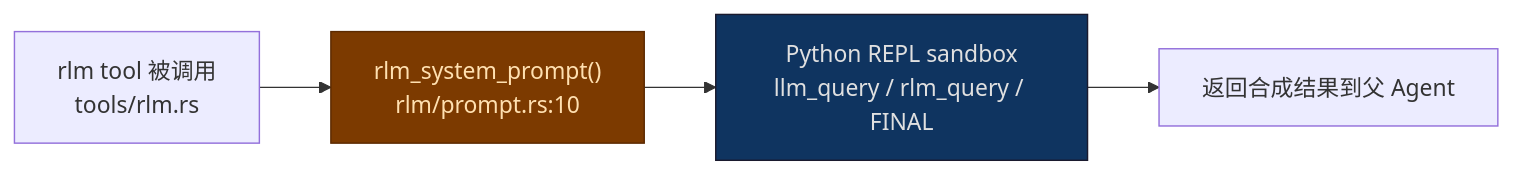
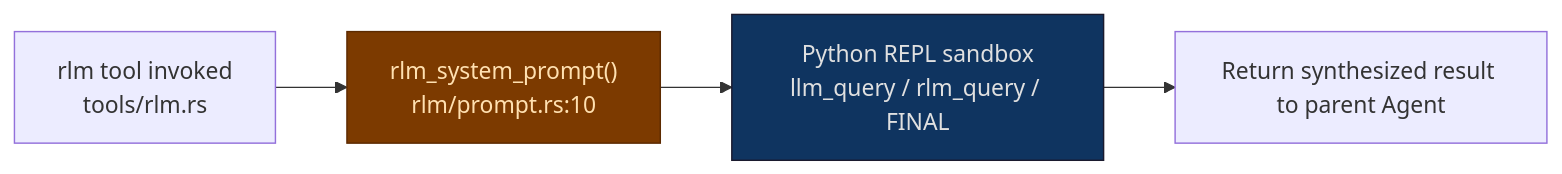
One commit to didclawapp-ai/zagens changed the fifth of 7 diagrams in docs/prompt-architecture.md. Above: the diagram before and after it, drawn with Mermaid. The commit also changed other lines of this file and 26 other files, not shown here.

````diff
--- a/docs/prompt-architecture.md
+++ b/docs/prompt-architecture.md
@@ -240,14 +240,14 @@
 ```mermaid
 flowchart LR
-    TOOL["rlm tool 被调用<br/>tools/rlm.rs"]
+    TOOL["rlm tool invoked<br/>tools/rlm.rs"]
     PROMPT["rlm_system_prompt()<br/>rlm/prompt.rs:10"]
     REPL["Python REPL sandbox<br/>llm_query / rlm_query / FINAL"]
-    RESULT["返回合成结果到父 Agent"]
+    RESULT["Return synthesized result to parent Agent"]
 
     TOOL --> PROMPT
     PROMPT --> REPL
     REPL --> RESULT
 
     style PROMPT fill:#7c3a00,stroke:#5c2a00,color:#ffe0b0
     style REPL fill:#0f3460,stroke:#1a1a2e,color:#e0e0e0
 ```
````
